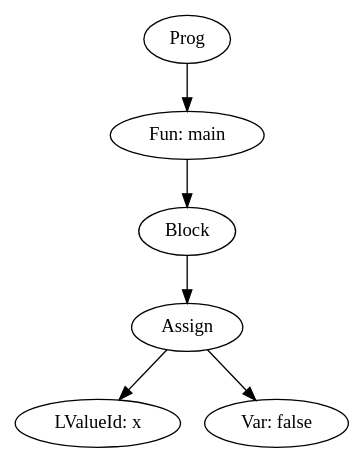
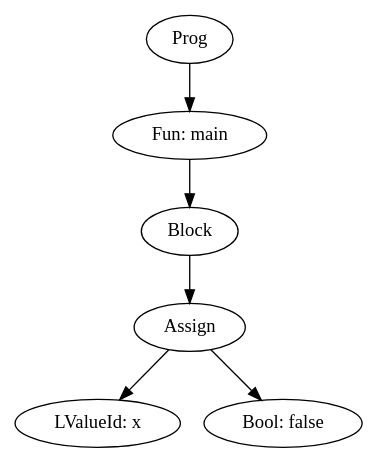
The diagram in antlr/dotFiles/attrFALSE.dot (Maycdouglas/trabalhoCompiladores), drawn with Graphviz before and after one commit. The commit also changed 90 other files, not shown here.

```diff
--- a/antlr/dotFiles/attrFALSE.dot
+++ b/antlr/dotFiles/attrFALSE.dot
@@ -1,13 +1,13 @@
 digraph AST {
 "Prog914504136" [label="Prog"];
 "Fun2085857771" [label="Fun: main"];
 "Prog914504136" -> "Fun2085857771";
 "CmdBlock248609774" [label="Block"];
 "Fun2085857771" -> "CmdBlock248609774";
 "CmdAssign708049632" [label="Assign"];
 "CmdBlock248609774" -> "CmdAssign708049632";
 "LValueId1887400018" [label="LValueId: x"];
 "CmdAssign708049632" -> "LValueId1887400018";
-"ExpVar285377351" [label="Var: false"];
-"CmdAssign708049632" -> "ExpVar285377351";
+"ExpBool285377351" [label="Bool: false"];
+"CmdAssign708049632" -> "ExpBool285377351";
 }
```
